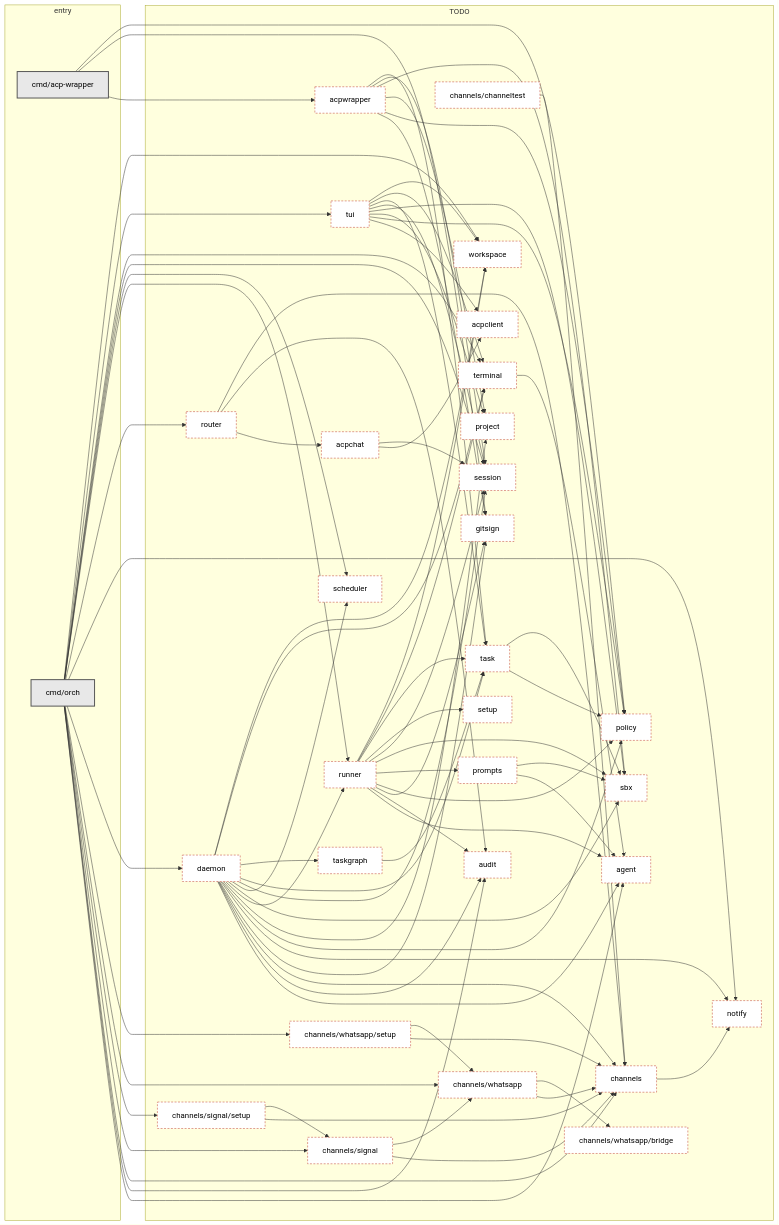
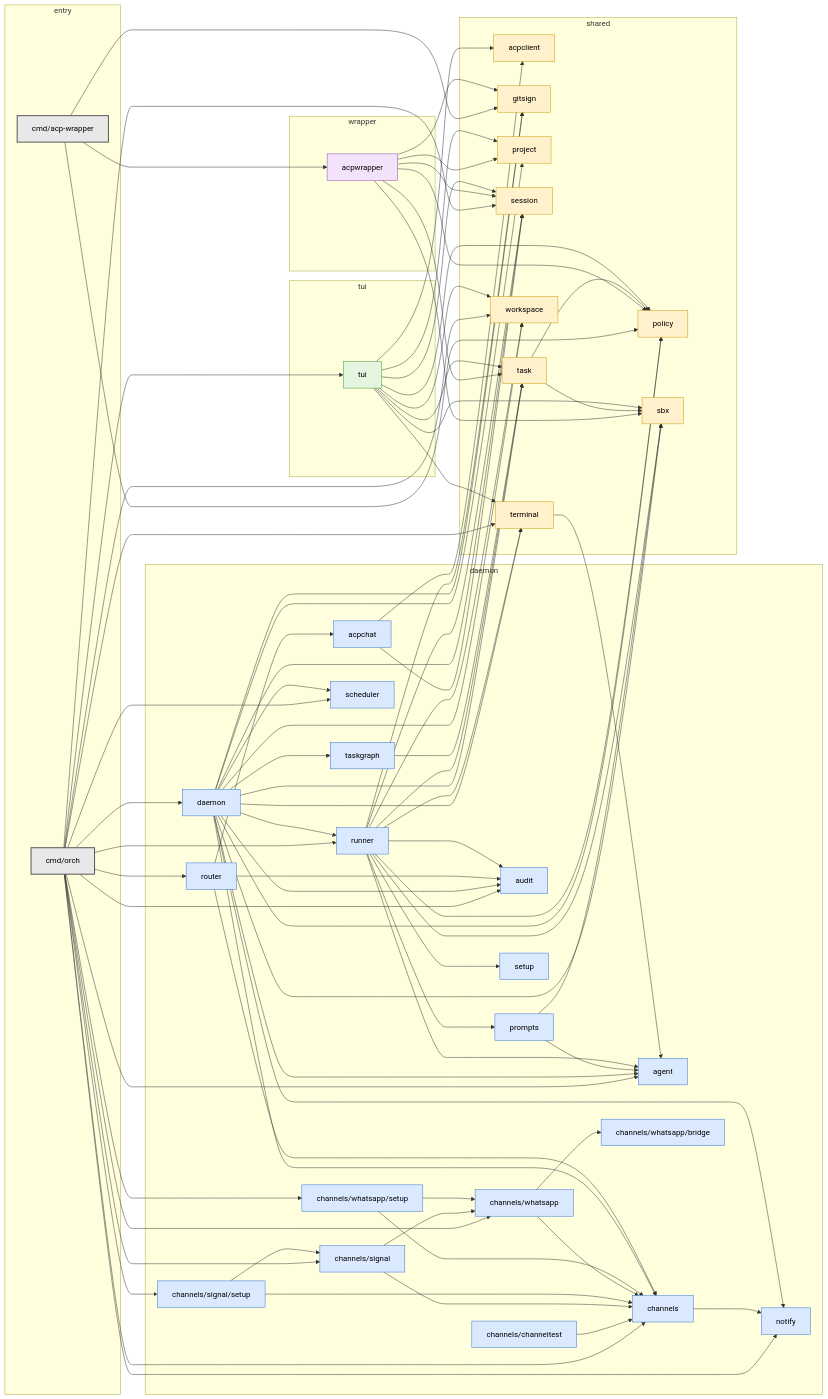
Before and after one commit to slimslenderslacks/workingman: the diagram in docs/packages.md, drawn with Mermaid. The commit also changed other lines of this file and 4 other files, not shown here.

First line of the commit message:
Finalize package docs index, graph, and CI drift check

````diff
--- a/docs/packages.md
+++ b/docs/packages.md
@@ -57,10 +57,8 @@
     cmd_acp_wrapper["cmd/acp-wrapper"]
     cmd_orch["cmd/orch"]
   end
-  subgraph grp_TODO["TODO"]
+  subgraph grp_daemon["daemon"]
     internal_acpchat["acpchat"]
-    internal_acpclient["acpclient"]
-    internal_acpwrapper["acpwrapper"]
     internal_agent["agent"]
     internal_audit["audit"]
     internal_channels["channels"]
@@ -71,22 +69,30 @@
     internal_channels_whatsapp_bridge["channels/whatsapp/bridge"]
     internal_channels_whatsapp_setup["channels/whatsapp/setup"]
     internal_daemon["daemon"]
-    internal_gitsign["gitsign"]
     internal_notify["notify"]
-    internal_policy["policy"]
-    internal_project["project"]
     internal_prompts["prompts"]
     internal_router["router"]
     internal_runner["runner"]
+    internal_scheduler["scheduler"]
+    internal_setup["setup"]
+    internal_taskgraph["taskgraph"]
+  end
+  subgraph grp_tui["tui"]
+    internal_tui["tui"]
+  end
+  subgraph grp_shared["shared"]
+    internal_acpclient["acpclient"]
+    internal_gitsign["gitsign"]
+    internal_policy["policy"]
+    internal_project["project"]
     internal_sbx["sbx"]
-    internal_scheduler["scheduler"]
     internal_session["session"]
-    internal_setup["setup"]
     internal_task["task"]
-    internal_taskgraph["taskgraph"]
     internal_terminal["terminal"]
-    internal_tui["tui"]
     internal_workspace["workspace"]
+  end
+  subgraph grp_wrapper["wrapper"]
+    internal_acpwrapper["acpwrapper"]
   end
 
   cmd_acp_wrapper --> internal_acpwrapper
@@ -172,6 +178,12 @@
 
   classDef entry fill:#e8e8e8,stroke:#555,stroke-width:2px,color:#000
   class cmd_acp_wrapper,cmd_orch entry
-  classDef TODO fill:#fff,stroke:#c0392b,stroke-dasharray:4 3,color:#000
-  class internal_acpchat,internal_acpclient,internal_acpwrapper,internal_agent,internal_audit,internal_channels,internal_channels_channeltest,internal_channels_signal,internal_channels_signal_setup,internal_channels_whatsapp,internal_channels_whatsapp_bridge,internal_channels_whatsapp_setup,internal_daemon,internal_gitsign,internal_notify,internal_policy,internal_project,internal_prompts,internal_router,internal_runner,internal_sbx,internal_scheduler,internal_session,internal_setup,internal_task,internal_taskgraph,internal_terminal,internal_tui,internal_workspace TODO
+  classDef daemon fill:#dbe9ff,stroke:#2f6fd6,color:#000
+  class internal_acpchat,internal_agent,internal_audit,internal_channels,internal_channels_channeltest,internal_channels_signal,internal_channels_signal_setup,internal_channels_whatsapp,internal_channels_whatsapp_bridge,internal_channels_whatsapp_setup,internal_daemon,internal_notify,internal_prompts,internal_router,internal_runner,internal_scheduler,internal_setup,internal_taskgraph daemon
+  classDef tui fill:#e4f6df,stroke:#3c9a2c,color:#000
+  class internal_tui tui
+  classDef shared fill:#fff1cc,stroke:#c99a06,color:#000
+  class internal_acpclient,internal_gitsign,internal_policy,internal_project,internal_sbx,internal_session,internal_task,internal_terminal,internal_workspace shared
+  classDef wrapper fill:#f3e2fb,stroke:#8e44ad,color:#000
+  class internal_acpwrapper wrapper
 ```
````
